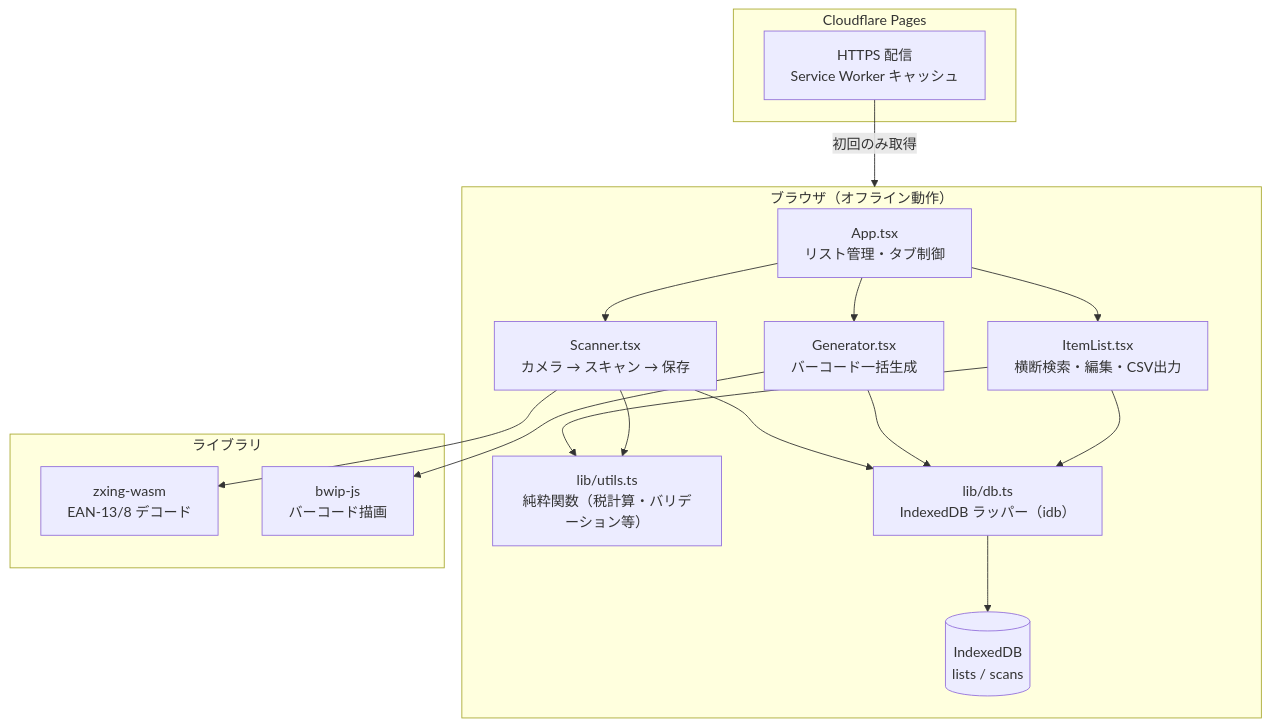
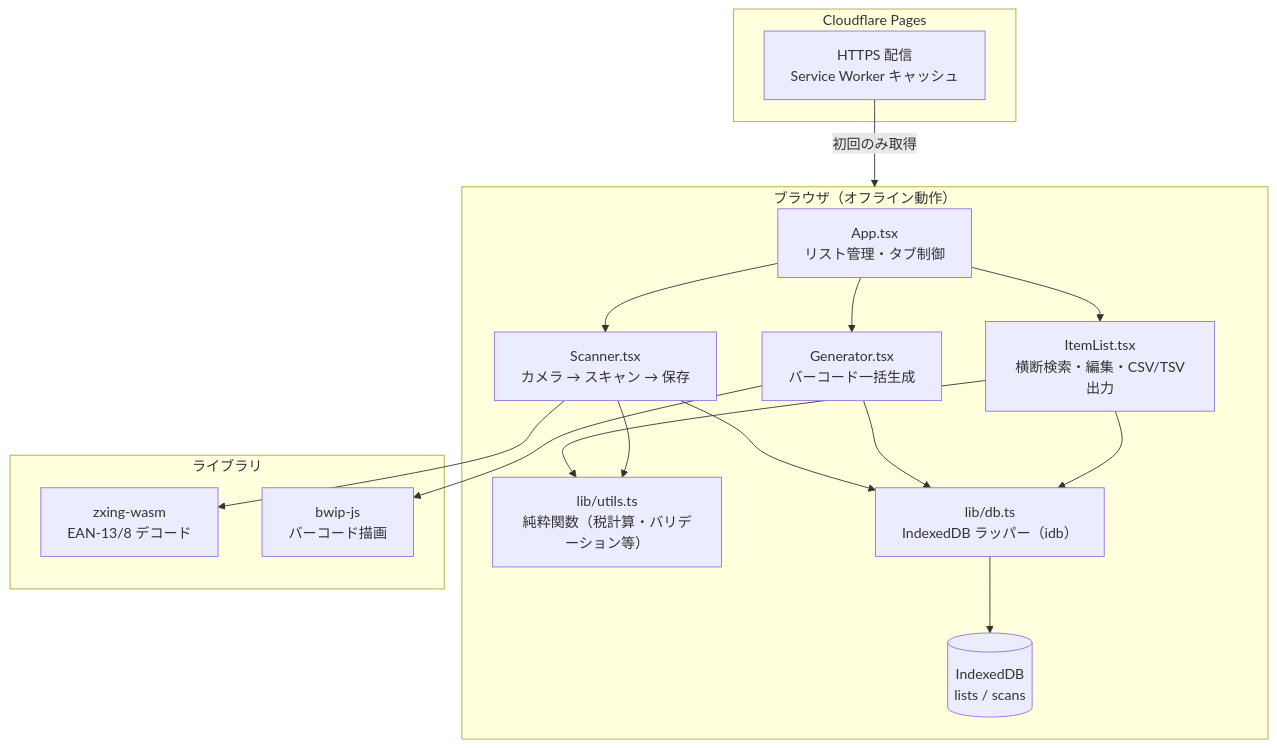
Before and after one commit to Tuki-Sana/jan-sync: the diagram in README.md, drawn with Mermaid. The commit also changed other lines of this file, not shown here.

First line of the commit message:
docs: README を v1.1 系の機能と CSV/TSV 出力に合わせて更新

````diff
--- a/README.md
+++ b/README.md
@@ -11,29 +13,29 @@
 ```mermaid
 graph TD
     subgraph Browser["ブラウザ（オフライン動作）"]
         App["App.tsx\nリスト管理・タブ制御"]
         Scanner["Scanner.tsx\nカメラ → スキャン → 保存"]
         Generator["Generator.tsx\nバーコード一括生成"]
-        ItemList["ItemList.tsx\n横断検索・編集・CSV出力"]
+        ItemList["ItemList.tsx\n横断検索・編集・CSV/TSV出力"]
         Utils["lib/utils.ts\n純粋関数（税計算・バリデーション等）"]
         DB["lib/db.ts\nIndexedDB ラッパー（idb）"]
         IDB[("IndexedDB\nlists / scans")]
     end
 
     subgraph Libs["ライブラリ"]
         zxing["zxing-wasm\nEAN-13/8 デコード"]
         bwip["bwip-js\nバーコード描画"]
     end
 
     subgraph Hosting["Cloudflare Pages"]
         CF["HTTPS 配信\nService Worker キャッシュ"]
     end
 
     App --> Scanner & Generator & ItemList
     Scanner --> DB & zxing
     Generator --> DB & bwip
     ItemList --> DB & Utils
     Scanner --> Utils
     DB --> IDB
     CF -->|"初回のみ取得"| Browser
 ```
````
